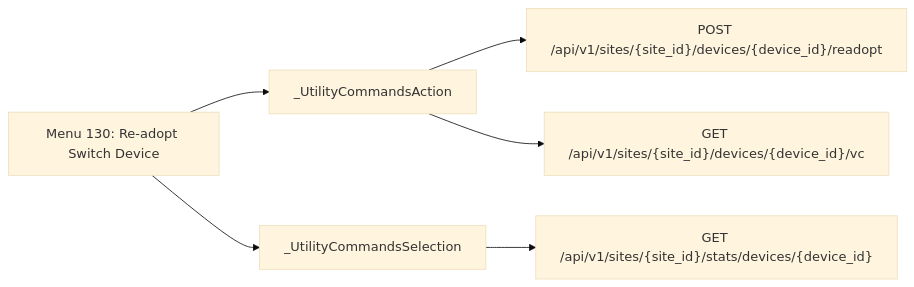
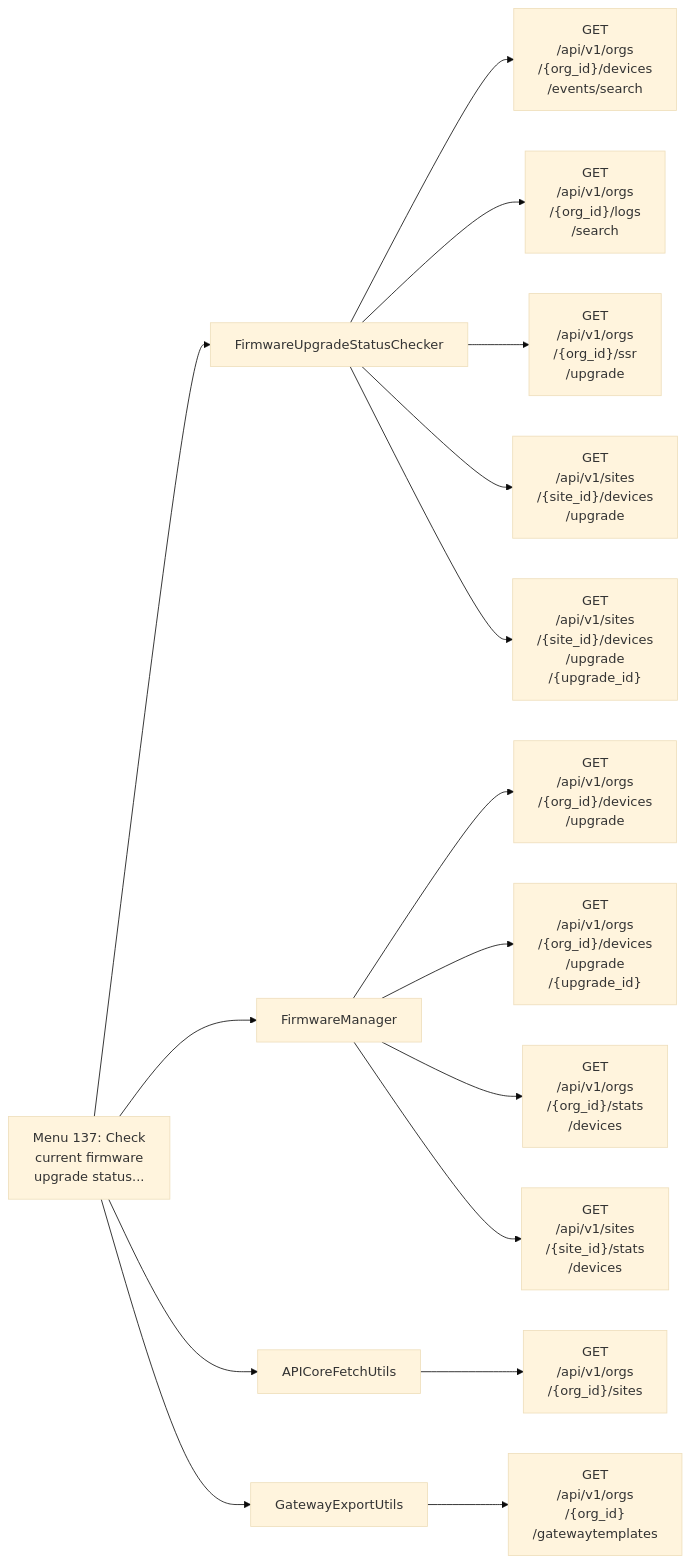
One commit to jmorrison-juniper/MistHelper changed the seventh of 18 diagrams in documentation/menu-api/interactive.md. Above: the diagram before and after it, drawn with Mermaid (base theme). The commit also changed other lines of this file and 19 other files, not shown here.

First line of the commit message:
docs(menu-api): fit the Mermaid diagrams to the wiki column (#3463)

````diff
--- a/documentation/menu-api/interactive.md
+++ b/documentation/menu-api/interactive.md
@@ -330,9 +288,19 @@
 ```mermaid
 flowchart LR
-    menu["Menu 130: Re-adopt Switch Device"]
-    menu --> c1["_UtilityCommandsAction"]
-    c1 --> e1["POST /api/v1/sites/{site_id}/devices/{device_id}/readopt"]
-    c1 --> e2["GET /api/v1/sites/{site_id}/devices/{device_id}/vc"]
-    menu --> c2["_UtilityCommandsSelection"]
-    c2 --> e3["GET /api/v1/sites/{site_id}/stats/devices/{device_id}"]
+    menu["Menu 137: Check<br/>current firmware<br/>upgrade status..."]
+    menu --> c1["FirmwareUpgradeStatusChecker"]
+    c1 --> e1["GET<br/>/api/v1/orgs<br/>/{org_id}/devices<br/>/events/search"]
+    c1 --> e2["GET<br/>/api/v1/orgs<br/>/{org_id}/logs<br/>/search"]
+    c1 --> e3["GET<br/>/api/v1/orgs<br/>/{org_id}/ssr<br/>/upgrade"]
+    c1 --> e4["GET<br/>/api/v1/sites<br/>/{site_id}/devices<br/>/upgrade"]
+    c1 --> e5["GET<br/>/api/v1/sites<br/>/{site_id}/devices<br/>/upgrade<br/>/{upgrade_id}"]
+    menu --> c2["FirmwareManager"]
+    c2 --> e6["GET<br/>/api/v1/orgs<br/>/{org_id}/devices<br/>/upgrade"]
+    c2 --> e7["GET<br/>/api/v1/orgs<br/>/{org_id}/devices<br/>/upgrade<br/>/{upgrade_id}"]
+    c2 --> e8["GET<br/>/api/v1/orgs<br/>/{org_id}/stats<br/>/devices"]
+    c2 --> e9["GET<br/>/api/v1/sites<br/>/{site_id}/stats<br/>/devices"]
+    menu --> c3["APICoreFetchUtils"]
+    c3 --> e10["GET<br/>/api/v1/orgs<br/>/{org_id}/sites"]
+    menu --> c4["GatewayExportUtils"]
+    c4 --> e11["GET<br/>/api/v1/orgs<br/>/{org_id}<br/>/gatewaytemplates"]
 ```
````
